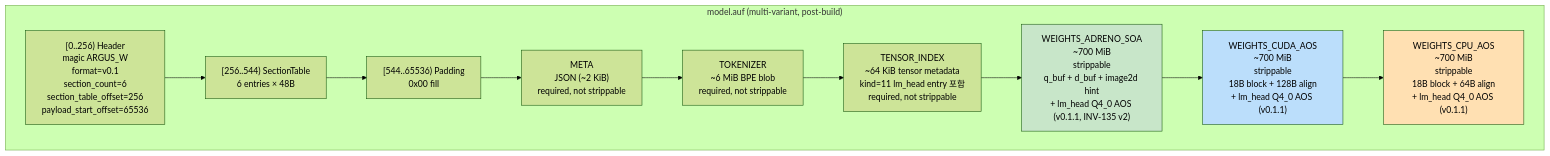
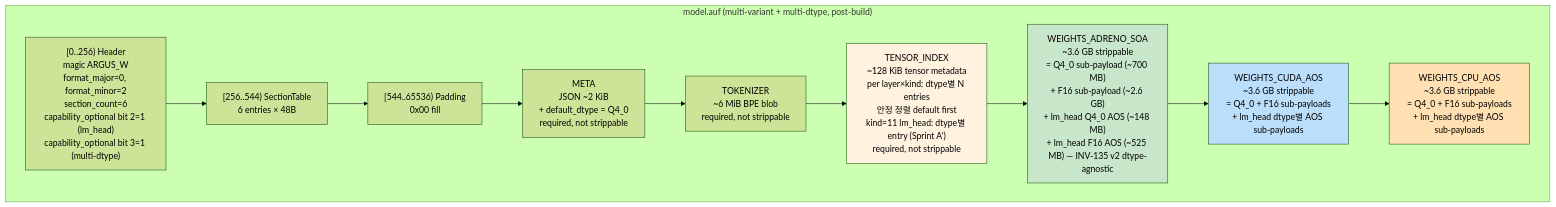
Diagram 12 of 15 in arch/auf_format.md (hedone21/llm_rs2), drawn with Mermaid (forest theme) before and after one commit. The commit also changed other lines of this file and 4 other files, not shown here.

First line of the commit message:
docs(auf): v0.2 multi-quant spec/arch + Sprint A' lm_head policy reversal

````diff
--- a/arch/auf_format.md
+++ b/arch/auf_format.md
@@ -632,19 +804,20 @@
 ```mermaid
 flowchart TB
-    subgraph FILE["model.auf (multi-variant, post-build)"]
-        H["[0..256) Header<br/>magic ARGUS_W<br/>format=v0.1<br/>section_count=6<br/>section_table_offset=256<br/>payload_start_offset=65536"]
+    subgraph FILE["model.auf (multi-variant + multi-dtype, post-build)"]
+        H["[0..256) Header<br/>magic ARGUS_W<br/>format_major=0, format_minor=2<br/>section_count=6<br/>capability_optional bit 2=1 (lm_head)<br/>capability_optional bit 3=1 (multi-dtype)"]
         T["[256..544) SectionTable<br/>6 entries × 48B"]
         P0["[544..65536) Padding<br/>0x00 fill"]
-        S1["META<br/>JSON (~2 KiB)<br/>required, not strippable"]
+        S1["META<br/>JSON ~2 KiB<br/>+ default_dtype = Q4_0<br/>required, not strippable"]
         S2["TOKENIZER<br/>~6 MiB BPE blob<br/>required, not strippable"]
-        S3["TENSOR_INDEX<br/>~64 KiB tensor metadata<br/>kind=11 lm_head entry 포함<br/>required, not strippable"]
-        S4["WEIGHTS_ADRENO_SOA<br/>~700 MiB<br/>strippable<br/>q_buf + d_buf + image2d hint<br/>+ lm_head Q4_0 AOS (v0.1.1, INV-135 v2)"]
-        S5["WEIGHTS_CUDA_AOS<br/>~700 MiB<br/>strippable<br/>18B block + 128B align<br/>+ lm_head Q4_0 AOS (v0.1.1)"]
-        S6["WEIGHTS_CPU_AOS<br/>~700 MiB<br/>strippable<br/>18B block + 64B align<br/>+ lm_head Q4_0 AOS (v0.1.1)"]
+        S3["TENSOR_INDEX<br/>~128 KiB tensor metadata<br/>per layer×kind: dtype별 N entries<br/>안정 정렬 default first<br/>kind=11 lm_head: dtype별 entry (Sprint A')<br/>required, not strippable"]
+        S4["WEIGHTS_ADRENO_SOA<br/>~3.6 GB strippable<br/>= Q4_0 sub-payload (~700 MB)<br/>+ F16 sub-payload (~2.6 GB)<br/>+ lm_head Q4_0 AOS (~148 MB)<br/>+ lm_head F16 AOS (~525 MB) — INV-135 v2 dtype-agnostic"]
+        S5["WEIGHTS_CUDA_AOS<br/>~3.6 GB strippable<br/>= Q4_0 + F16 sub-payloads<br/>+ lm_head dtype별 AOS sub-payloads"]
+        S6["WEIGHTS_CPU_AOS<br/>~3.6 GB strippable<br/>= Q4_0 + F16 sub-payloads<br/>+ lm_head dtype별 AOS sub-payloads"]
         H --> T --> P0 --> S1 --> S2 --> S3 --> S4 --> S5 --> S6
     end
 
+    style S3 fill:#fff3e0
     style S4 fill:#c8e6c9
     style S5 fill:#bbdefb
     style S6 fill:#ffe0b2
 ```
````
